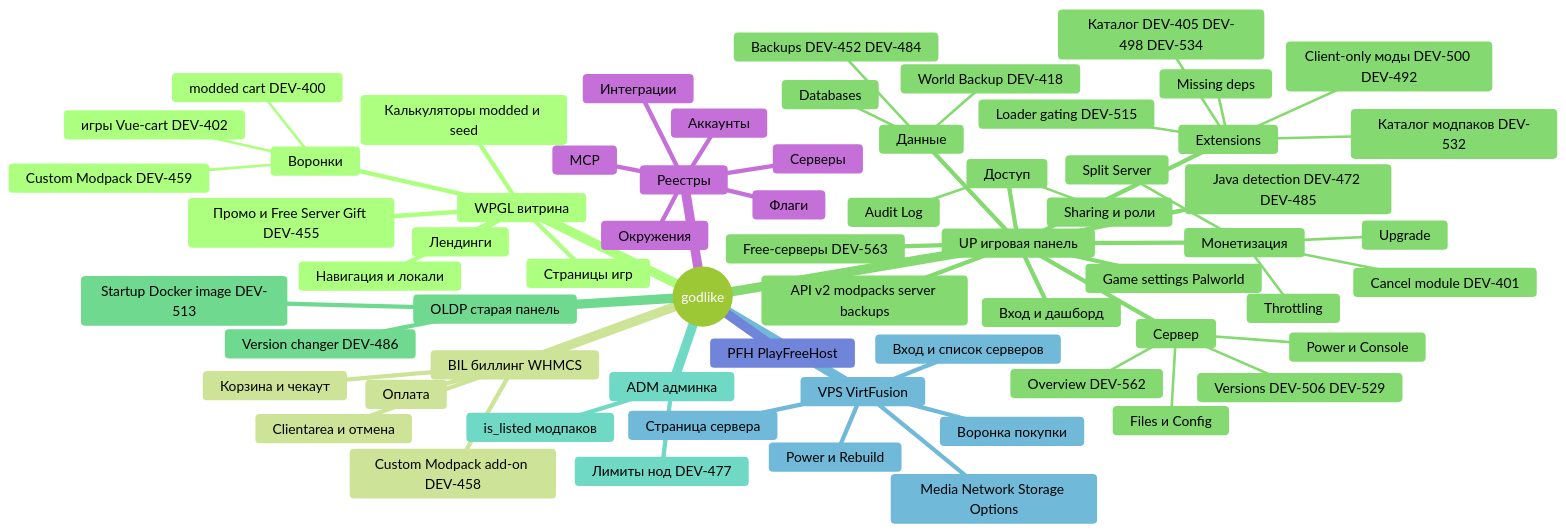
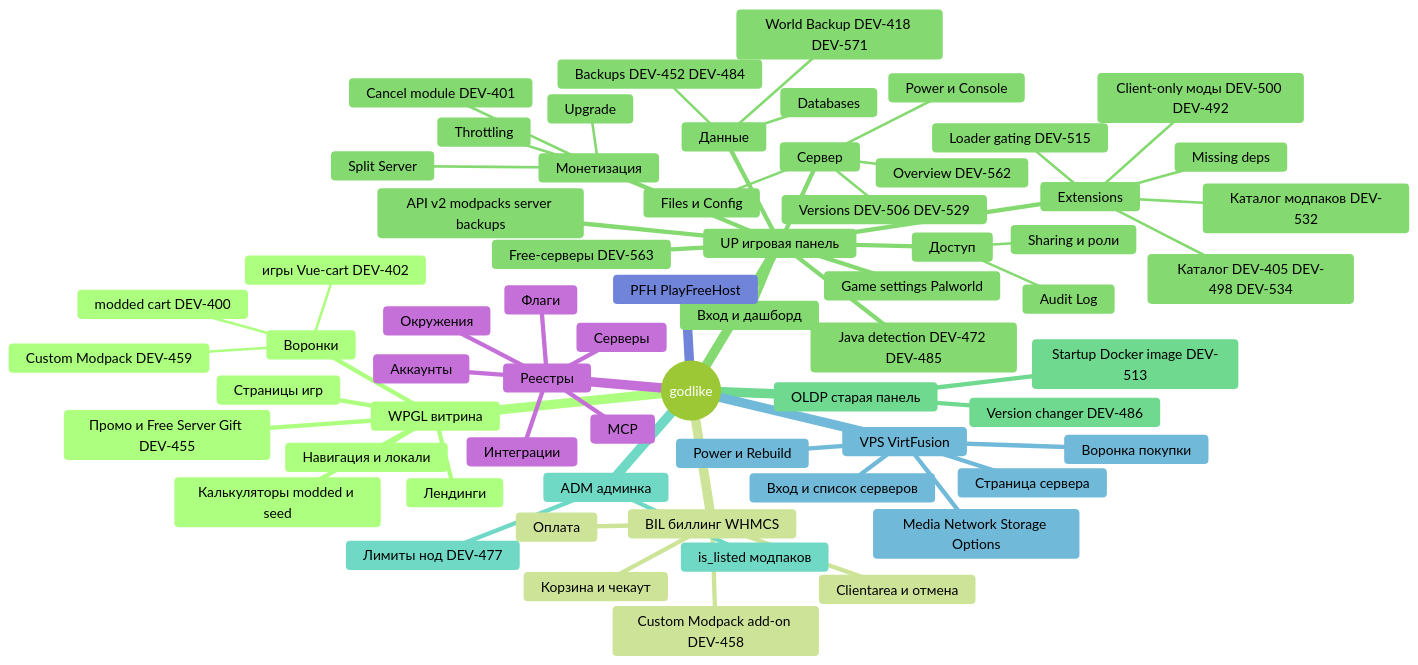
The diagram in kb/map.md (rhetalo/e2e_godlike), drawn with Mermaid (forest theme) before and after one commit. The commit also changed other lines of this file and 3 other files, not shown here.

First line of the commit message:
docs(kb): DEV-571 - World Backup abandon, права и Audit (stage PASS)

````diff
--- a/kb/map.md
+++ b/kb/map.md
@@ -28,68 +28,68 @@
 ```mermaid
 mindmap
   root((godlike))
     WPGL витрина
       Навигация и локали
       Страницы игр
       Калькуляторы modded и seed
       Воронки
         modded cart DEV-400
         игры Vue-cart DEV-402
         Custom Modpack DEV-459
       Лендинги
       Промо и Free Server Gift DEV-455
     BIL биллинг WHMCS
       Корзина и чекаут
       Оплата
       Clientarea и отмена
       Custom Modpack add-on DEV-458
     UP игровая панель
       Вход и дашборд
       API v2 modpacks server backups
       Сервер
         Overview DEV-562
         Power и Console
         Files и Config
         Versions DEV-506 DEV-529
       Extensions
         Каталог DEV-405 DEV-498 DEV-534
         Loader gating DEV-515
         Client-only моды DEV-500 DEV-492
         Каталог модпаков DEV-532
         Missing deps
       Java detection DEV-472 DEV-485
       Доступ
         Sharing и роли
         Audit Log
       Данные
         Backups DEV-452 DEV-484
-        World Backup DEV-418
+        World Backup DEV-418 DEV-571
         Databases
       Монетизация
         Upgrade
         Throttling
         Cancel module DEV-401
         Split Server
       Free-серверы DEV-563
       Game settings Palworld
     OLDP старая панель
       Version changer DEV-486
       Startup Docker image DEV-513
     ADM админка
       Лимиты нод DEV-477
       is_listed модпаков
     VPS VirtFusion
       Вход и список серверов
       Страница сервера
       Power и Rebuild
       Media Network Storage Options
       Воронка покупки
     PFH PlayFreeHost
     Реестры
       Окружения
       Аккаунты
       Серверы
       Флаги
       Интеграции
       MCP
 ```
````
